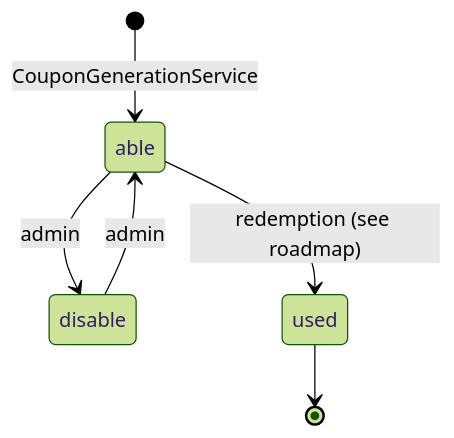
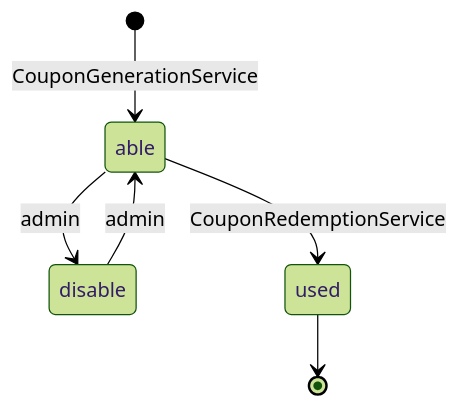
One commit to LucasR2D2S/promotion-system changed the first of 2 diagrams in README.md. Above: the diagram before and after it, drawn with Mermaid (forest theme). The commit also changed other lines of this file and 16 other files, not shown here.

First line of the commit message:
feat: add exactly-once coupon redemption with row-level locking

````diff
--- a/README.md
+++ b/README.md
@@ -53,8 +56,8 @@
 ```mermaid
 stateDiagram-v2
     [*] --> able: CouponGenerationService
     able --> disable: admin
     disable --> able: admin
-    able --> used: redemption (see roadmap)
+    able --> used: CouponRedemptionService
     used --> [*]
 ```
````
